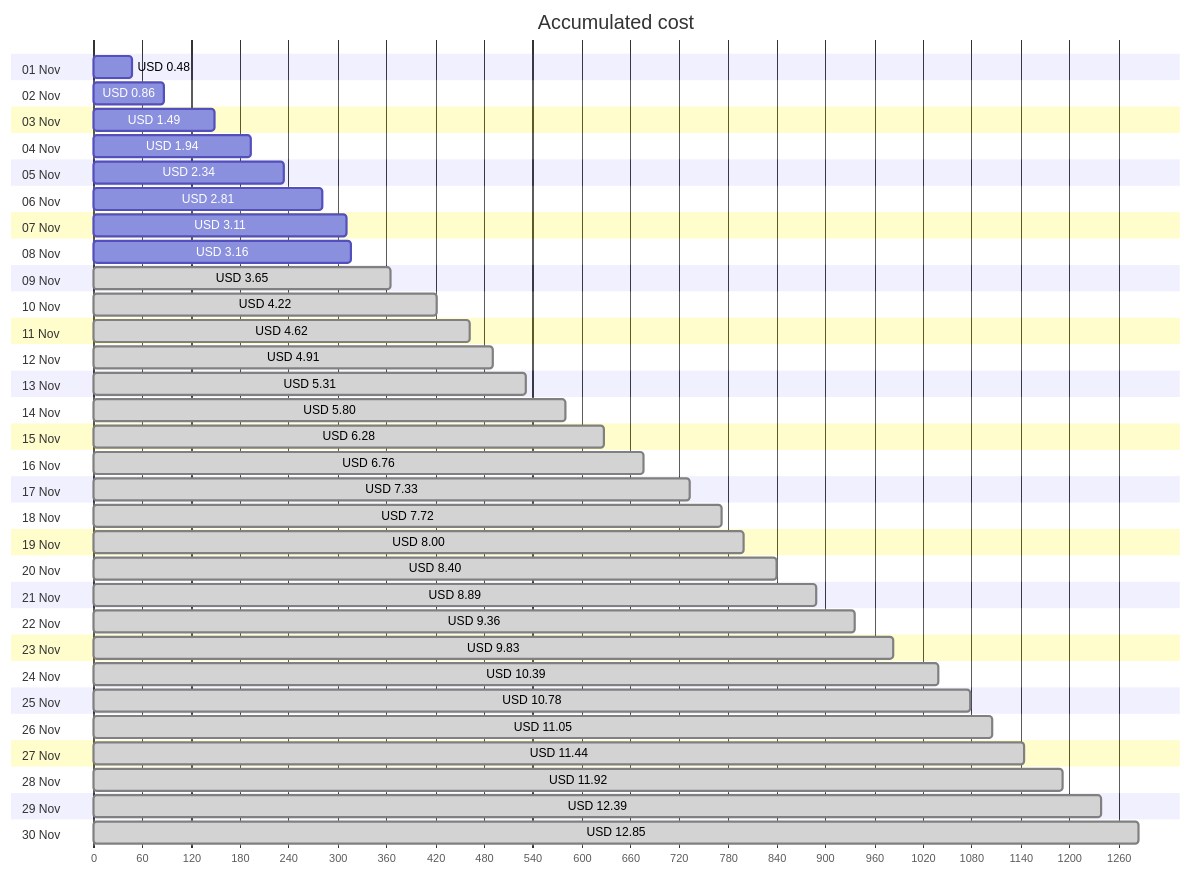
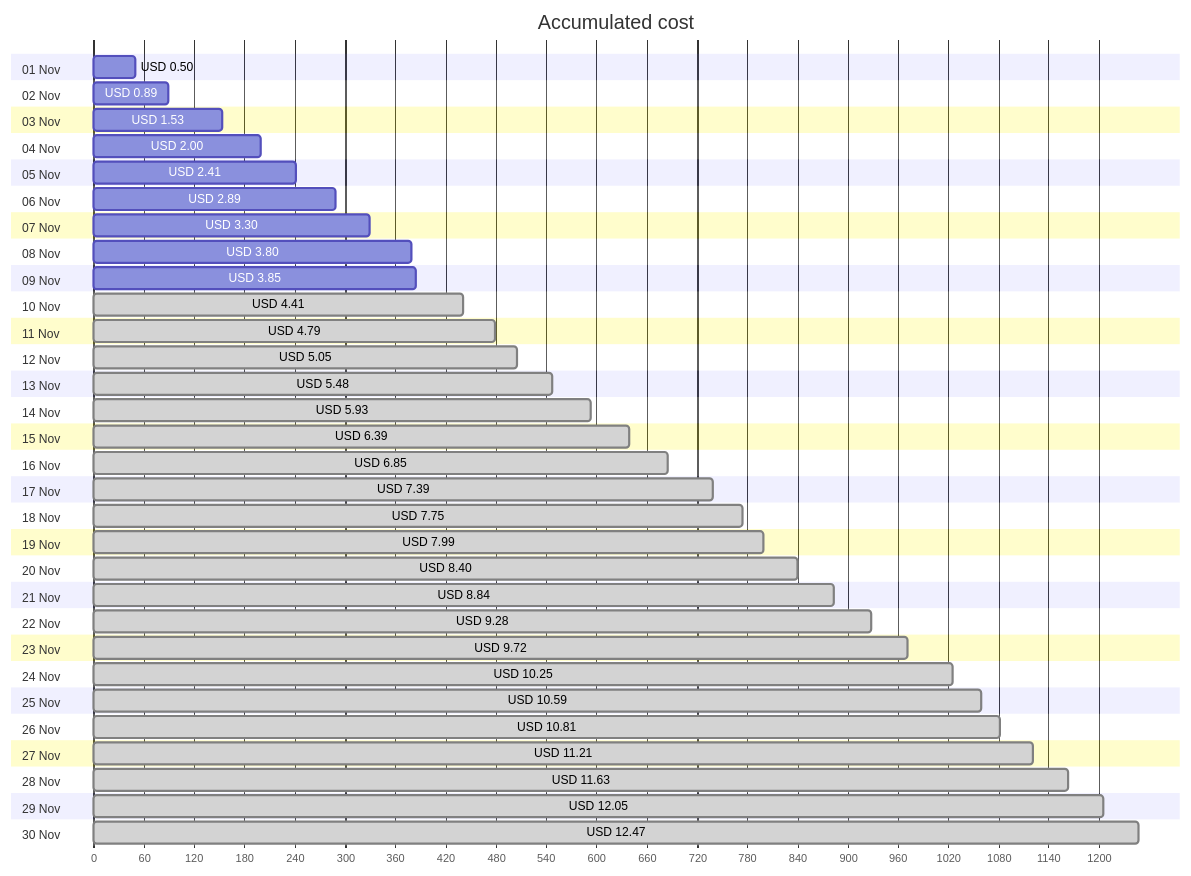
Before and after one commit to jpfulton/azure-personal-reports: the first of 4 diagrams in cost-reports/personal-network/vpn-server.md, drawn with Mermaid. The commit also changed other lines of this file and 8 other files, not shown here.

````diff
--- a/cost-reports/personal-network/vpn-server.md
+++ b/cost-reports/personal-network/vpn-server.md
@@ -20,66 +20,66 @@
 ```mermaid
 gantt
    title Accumulated cost
    dateFormat  X
    axisFormat %s
    section 01 Nov
-   USD 0.48 :0, 48
+   USD 0.50 :0, 50
    section 02 Nov
-   USD 0.86 :0, 86
+   USD 0.89 :0, 89
    section 03 Nov
-   USD 1.49 :0, 149
+   USD 1.53 :0, 153
    section 04 Nov
-   USD 1.94 :0, 194
+   USD 2.00 :0, 200
    section 05 Nov
-   USD 2.34 :0, 234
+   USD 2.41 :0, 241
    section 06 Nov
-   USD 2.81 :0, 281
+   USD 2.89 :0, 289
    section 07 Nov
-   USD 3.11 :0, 311
+   USD 3.30 :0, 330
    section 08 Nov
-   USD 3.16 :0, 316
+   USD 3.80 :0, 380
    section 09 Nov
-   USD 3.65 : done, 0, 365
+   USD 3.85 :0, 385
    section 10 Nov
-   USD 4.22 : done, 0, 422
+   USD 4.41 : done, 0, 441
    section 11 Nov
-   USD 4.62 : done, 0, 462
+   USD 4.79 : done, 0, 479
    section 12 Nov
-   USD 4.91 : done, 0, 491
+   USD 5.05 : done, 0, 505
    section 13 Nov
-   USD 5.31 : done, 0, 531
+   USD 5.48 : done, 0, 548
    section 14 Nov
-   USD 5.80 : done, 0, 580
+   USD 5.93 : done, 0, 593
    section 15 Nov
-   USD 6.28 : done, 0, 628
+   USD 6.39 : done, 0, 639
    section 16 Nov
-   USD 6.76 : done, 0, 676
+   USD 6.85 : done, 0, 685
    section 17 Nov
-   USD 7.33 : done, 0, 733
+   USD 7.39 : done, 0, 739
    section 18 Nov
-   USD 7.72 : done, 0, 772
+   USD 7.75 : done, 0, 775
    section 19 Nov
-   USD 8.00 : done, 0, 800
+   USD 7.99 : done, 0, 799
    section 20 Nov
    USD 8.40 : done, 0, 840
    section 21 Nov
-   USD 8.89 : done, 0, 889
+   USD 8.84 : done, 0, 884
    section 22 Nov
-   USD 9.36 : done, 0, 936
+   USD 9.28 : done, 0, 928
    section 23 Nov
-   USD 9.83 : done, 0, 983
+   USD 9.72 : done, 0, 972
    section 24 Nov
-   USD 10.39 : done, 0, 1039
+   USD 10.25 : done, 0, 1025
    section 25 Nov
-   USD 10.78 : done, 0, 1078
+   USD 10.59 : done, 0, 1059
    section 26 Nov
-   USD 11.05 : done, 0, 1105
+   USD 10.81 : done, 0, 1081
    section 27 Nov
-   USD 11.44 : done, 0, 1144
+   USD 11.21 : done, 0, 1121
    section 28 Nov
-   USD 11.92 : done, 0, 1192
+   USD 11.63 : done, 0, 1163
    section 29 Nov
-   USD 12.39 : done, 0, 1239
+   USD 12.05 : done, 0, 1205
    section 30 Nov
-   USD 12.85 : done, 0, 1285
+   USD 12.47 : done, 0, 1247
 ```
````
